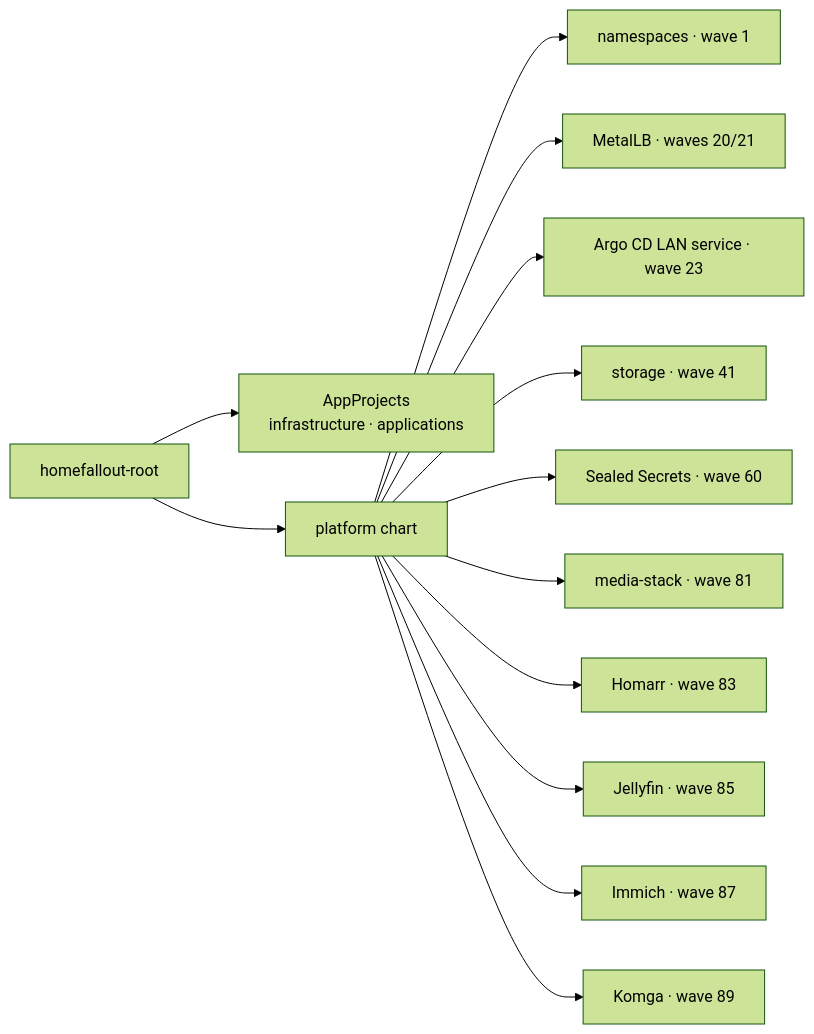
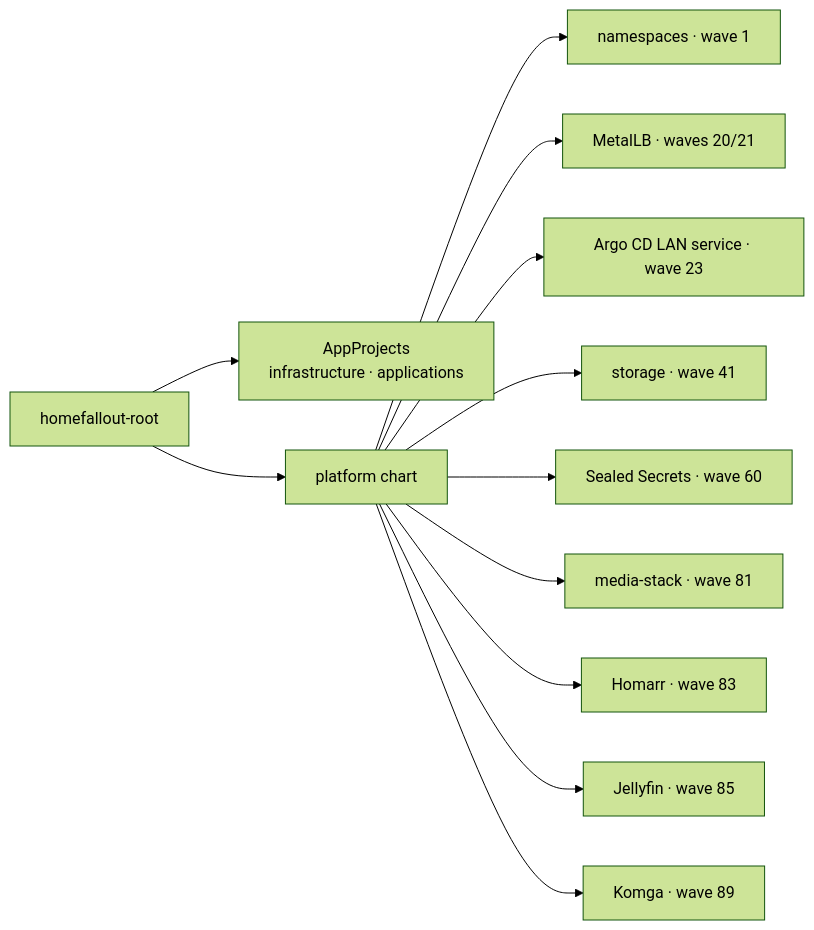
Before and after one commit to chevlpcmp-lab/HomeFalloutServer: the third of 4 diagrams in docs/architecture.md, drawn with Mermaid (forest theme). The commit also changed other lines of this file and 24 other files, not shown here.

````diff
--- a/docs/architecture.md
+++ b/docs/architecture.md
@@ -113,15 +110,14 @@
 ```mermaid
 flowchart LR
     Root["homefallout-root"] --> Projects["AppProjects<br/>infrastructure · applications"]
     Root --> Platform["platform chart"]
     Platform --> N["namespaces · wave 1"]
     Platform --> M["MetalLB · waves 20/21"]
     Platform --> A["Argo CD LAN service · wave 23"]
     Platform --> S["storage · wave 41"]
     Platform --> SS["Sealed Secrets · wave 60"]
     Platform --> MS["media-stack · wave 81"]
     Platform --> H["Homarr · wave 83"]
     Platform --> J["Jellyfin · wave 85"]
-    Platform --> I["Immich · wave 87"]
     Platform --> K["Komga · wave 89"]
 ```
````
